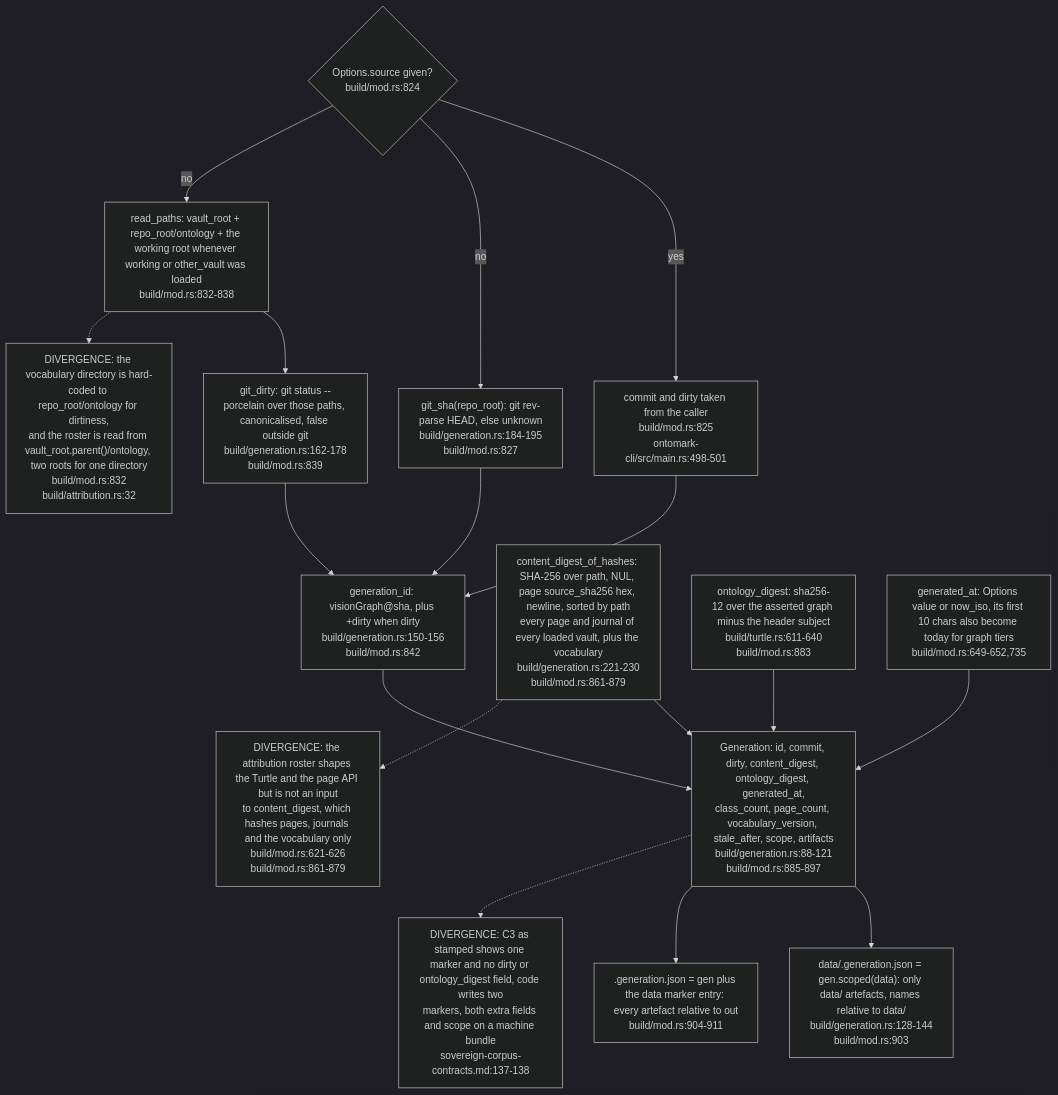
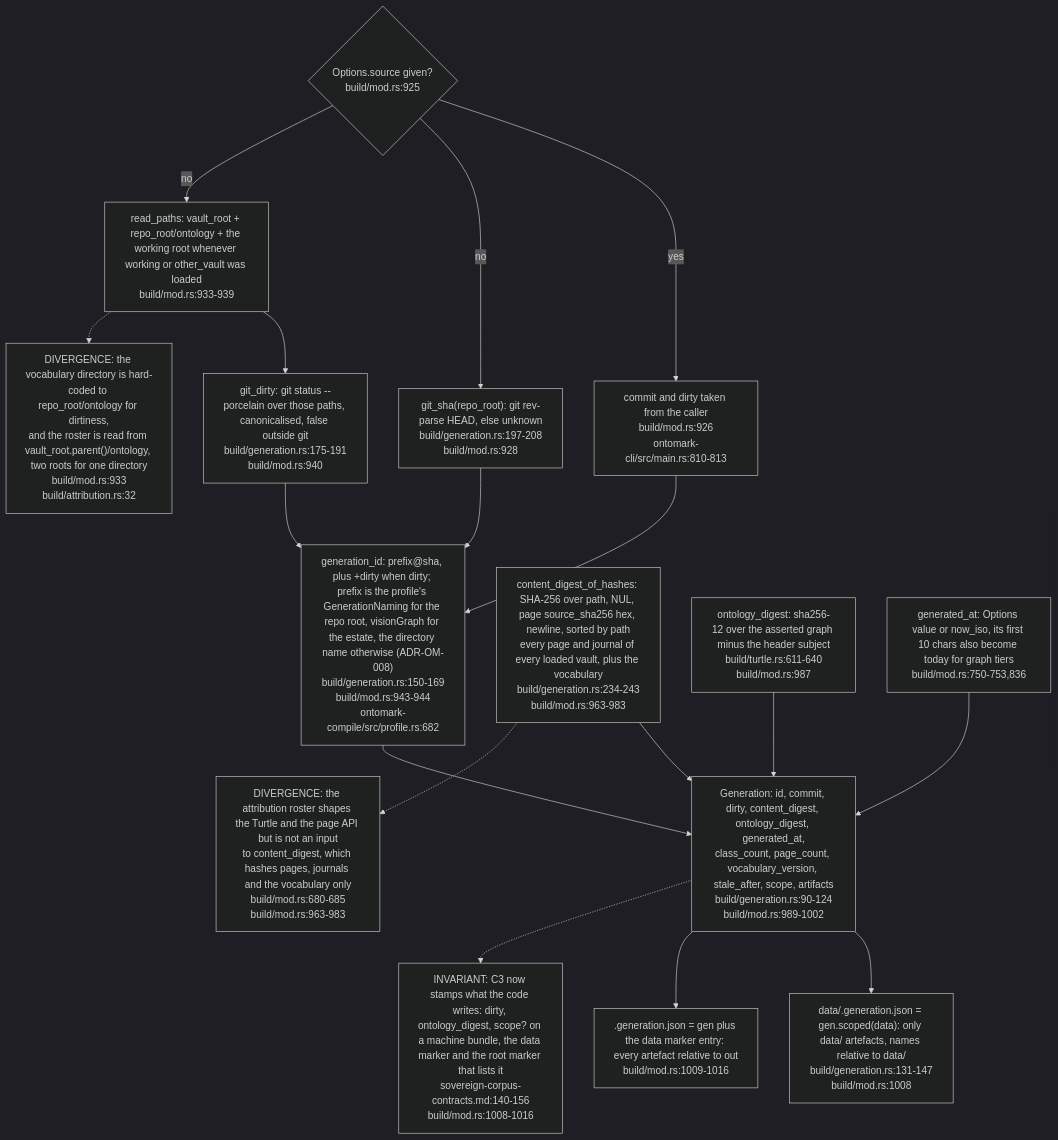
One commit to DreamLab-AI/VisionFlow changed the sixth of 8 diagrams in docs/diagrams/ontomark/03-build-run-gates-staging-and-generation.md. Above: the diagram before and after it, drawn with Mermaid (dark theme). The commit also changed other lines of this file and 160 other files, not shown here.

````diff
--- a/docs/diagrams/ontomark/03-build-run-gates-staging-and-generation.md
+++ b/docs/diagrams/ontomark/03-build-run-gates-staging-and-generation.md
@@ -217,30 +222,30 @@
 ```mermaid
 flowchart TD
-    SRC{"Options.source given?<br/>build/mod.rs:824"}
-    GIVEN["commit and dirty taken from the caller<br/>build/mod.rs:825<br/>ontomark-cli/src/main.rs:498-501"]
-    SHA["git_sha(repo_root): git rev-parse HEAD, else unknown<br/>build/generation.rs:184-195<br/>build/mod.rs:827"]
-    PATHS["read_paths: vault_root + repo_root/ontology + the working root whenever working or other_vault was loaded<br/>build/mod.rs:832-838"]
-    DIRTY["git_dirty: git status --porcelain over those paths, canonicalised, false outside git<br/>build/generation.rs:162-178<br/>build/mod.rs:839"]
-    ID["generation_id: visionGraph@sha, plus +dirty when dirty<br/>build/generation.rs:150-156<br/>build/mod.rs:842"]
-    CD["content_digest_of_hashes: SHA-256 over path, NUL, page source_sha256 hex, newline, sorted by path<br/>every page and journal of every loaded vault, plus the vocabulary<br/>build/generation.rs:221-230<br/>build/mod.rs:861-879"]
-    OD["ontology_digest: sha256-12 over the asserted graph minus the header subject<br/>build/turtle.rs:611-640<br/>build/mod.rs:883"]
-    GEN["Generation: id, commit, dirty, content_digest, ontology_digest, generated_at,<br/>class_count, page_count, vocabulary_version, stale_after, scope, artifacts<br/>build/generation.rs:88-121<br/>build/mod.rs:885-897"]
-    M1["data/.generation.json = gen.scoped(data): only data/ artefacts, names relative to data/<br/>build/generation.rs:128-144<br/>build/mod.rs:903"]
-    M2[".generation.json = gen plus the data marker entry: every artefact relative to out<br/>build/mod.rs:904-911"]
-    GA["generated_at: Options value or now_iso, its first 10 chars also become today for graph tiers<br/>build/mod.rs:649-652,735"]
-    N1["DIVERGENCE: the attribution roster shapes the Turtle and the page API but is not an input<br/>to content_digest, which hashes pages, journals and the vocabulary only<br/>build/mod.rs:621-626<br/>build/mod.rs:861-879"]
-    N2["DIVERGENCE: C3 as stamped shows one marker and no dirty or ontology_digest field, code writes two<br/>markers, both extra fields and scope on a machine bundle<br/>sovereign-corpus-contracts.md:137-138"]
-    N3["DIVERGENCE: the vocabulary directory is hard-coded to repo_root/ontology for dirtiness,<br/>and the roster is read from vault_root.parent()/ontology, two roots for one directory<br/>build/mod.rs:832<br/>build/attribution.rs:32"]
+    SRC{"Options.source given?<br/>build/mod.rs:925"}
+    GIVEN["commit and dirty taken from the caller<br/>build/mod.rs:926<br/>ontomark-cli/src/main.rs:810-813"]
+    SHA["git_sha(repo_root): git rev-parse HEAD, else unknown<br/>build/generation.rs:197-208<br/>build/mod.rs:928"]
+    PATHS["read_paths: vault_root + repo_root/ontology + the working root whenever working or other_vault was loaded<br/>build/mod.rs:933-939"]
+    DIRTY["git_dirty: git status --porcelain over those paths, canonicalised, false outside git<br/>build/generation.rs:175-191<br/>build/mod.rs:940"]
+    ID["generation_id: prefix@sha, plus +dirty when dirty; prefix is the profile's GenerationNaming for the repo root, visionGraph for the estate, the directory name otherwise (ADR-OM-008)<br/>build/generation.rs:150-169<br/>build/mod.rs:943-944<br/>ontomark-compile/src/profile.rs:682"]
+    CD["content_digest_of_hashes: SHA-256 over path, NUL, page source_sha256 hex, newline, sorted by path<br/>every page and journal of every loaded vault, plus the vocabulary<br/>build/generation.rs:234-243<br/>build/mod.rs:963-983"]
+    OD["ontology_digest: sha256-12 over the asserted graph minus the header subject<br/>build/turtle.rs:611-640<br/>build/mod.rs:987"]
+    GEN["Generation: id, commit, dirty, content_digest, ontology_digest, generated_at,<br/>class_count, page_count, vocabulary_version, stale_after, scope, artifacts<br/>build/generation.rs:90-124<br/>build/mod.rs:989-1002"]
+    M1["data/.generation.json = gen.scoped(data): only data/ artefacts, names relative to data/<br/>build/generation.rs:131-147<br/>build/mod.rs:1008"]
+    M2[".generation.json = gen plus the data marker entry: every artefact relative to out<br/>build/mod.rs:1009-1016"]
+    GA["generated_at: Options value or now_iso, its first 10 chars also become today for graph tiers<br/>build/mod.rs:750-753,836"]
+    N1["DIVERGENCE: the attribution roster shapes the Turtle and the page API but is not an input<br/>to content_digest, which hashes pages, journals and the vocabulary only<br/>build/mod.rs:680-685<br/>build/mod.rs:963-983"]
+    N2["INVARIANT: C3 now stamps what the code writes: dirty, ontology_digest, scope? on a machine bundle, the data marker and the root marker that lists it<br/>sovereign-corpus-contracts.md:140-156<br/>build/mod.rs:1008-1016"]
+    N3["DIVERGENCE: the vocabulary directory is hard-coded to repo_root/ontology for dirtiness,<br/>and the roster is read from vault_root.parent()/ontology, two roots for one directory<br/>build/mod.rs:933<br/>build/attribution.rs:32"]
     SRC -- yes --> GIVEN --> ID
     SRC -- no --> SHA --> ID
     SRC -- no --> PATHS --> DIRTY --> ID
     ID --> GEN
     CD --> GEN
     OD --> GEN
     GA --> GEN
     GEN --> M1
     GEN --> M2
     CD -.-> N1
     GEN -.-> N2
     PATHS -.-> N3
 ```
````
